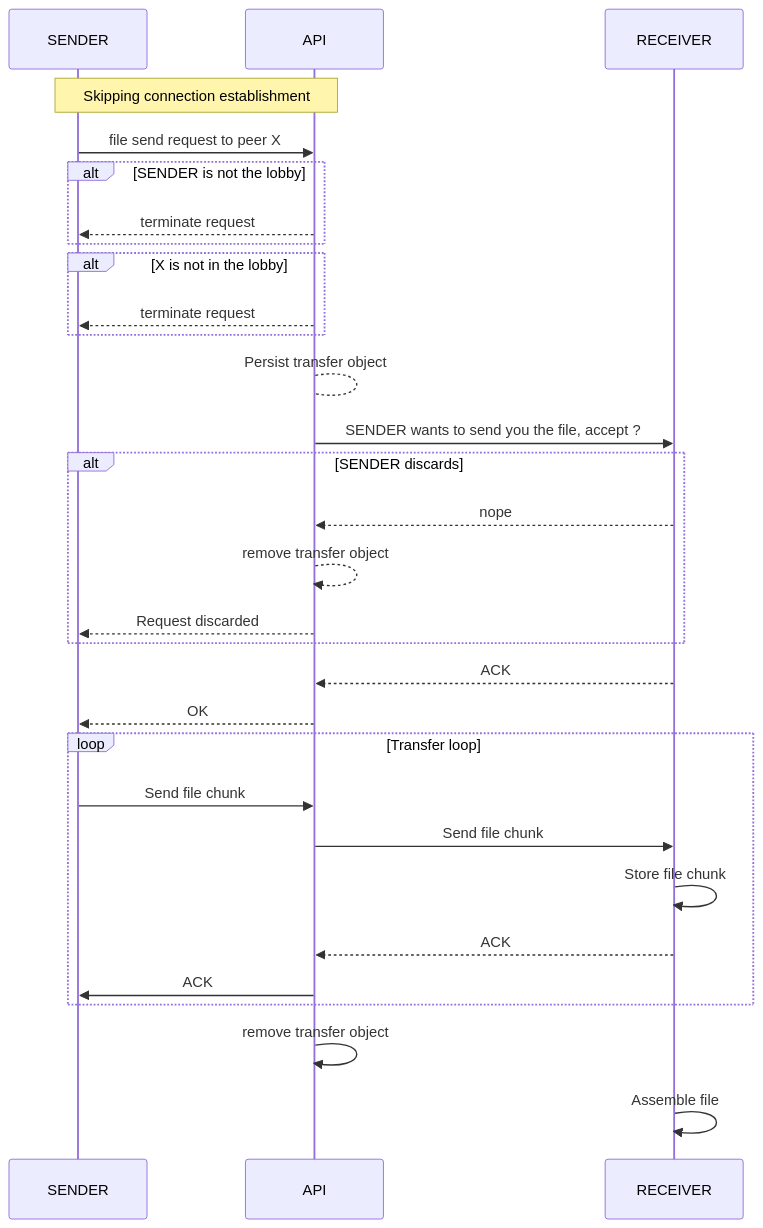
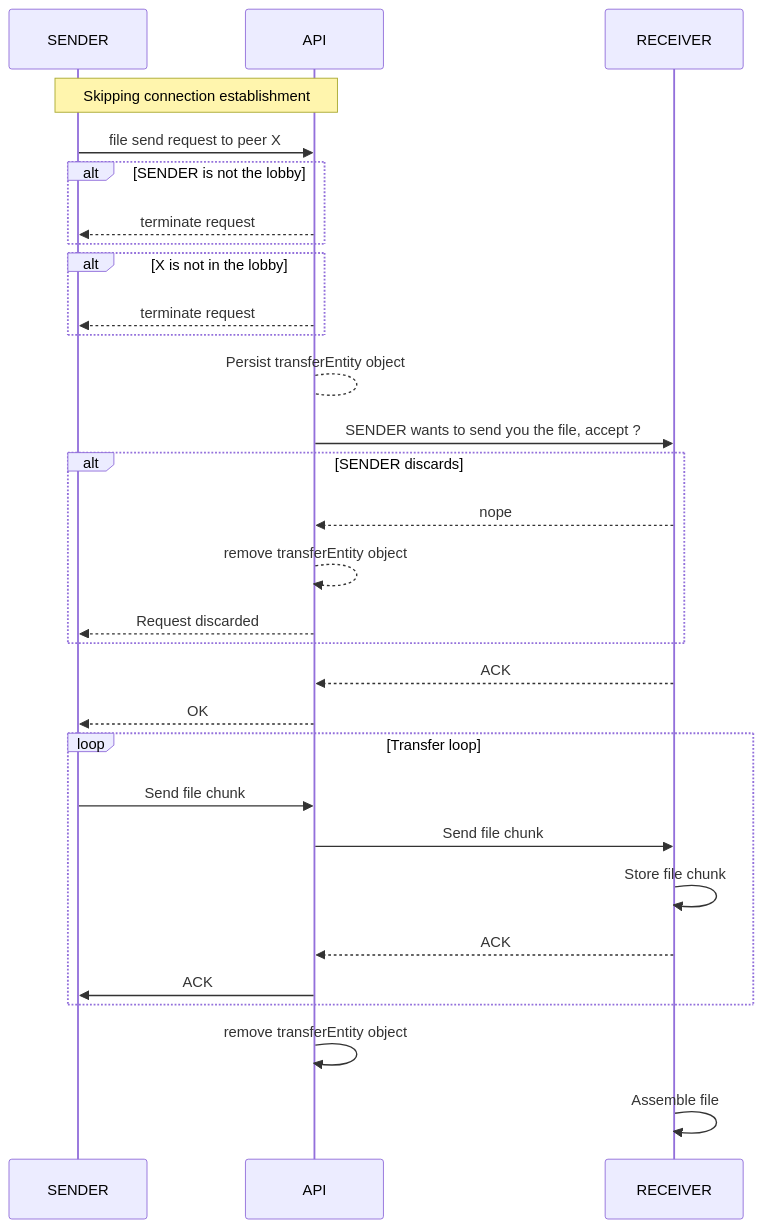
Before and after one commit to CuteHat/fss-api: the diagram in docs/transfer/handshake.mmd, drawn with Mermaid. The commit also changed 23 other files, not shown here.

```diff
--- a/docs/transfer/handshake.mmd
+++ b/docs/transfer/handshake.mmd
@@ -1,27 +1,27 @@
 sequenceDiagram
     Note over SENDER,API: Skipping connection establishment
     SENDER->>API: file send request to peer X
     alt SENDER is not the lobby
         API-->>SENDER: terminate request
     end
     alt X is not in the lobby
         API-->>SENDER: terminate request
     end
-    API-->API: Persist transfer object
+    API-->API: Persist transferEntity object
     API->>RECEIVER: SENDER wants to send you the file, accept ?
     alt SENDER discards
         RECEIVER-->>API: nope
-        API-->>API: remove transfer object
+        API-->>API: remove transferEntity object
         API-->>SENDER: Request discarded
     end
     RECEIVER-->>API: ACK
     API-->>SENDER: OK
     loop Transfer loop
         SENDER->>API: Send file chunk
         API->>RECEIVER: Send file chunk
         RECEIVER->>RECEIVER: Store file chunk
         RECEIVER-->>API: ACK
         API->>SENDER: ACK
     end
-    API->>API: remove transfer object
+    API->>API: remove transferEntity object
     RECEIVER->>RECEIVER: Assemble file
```
